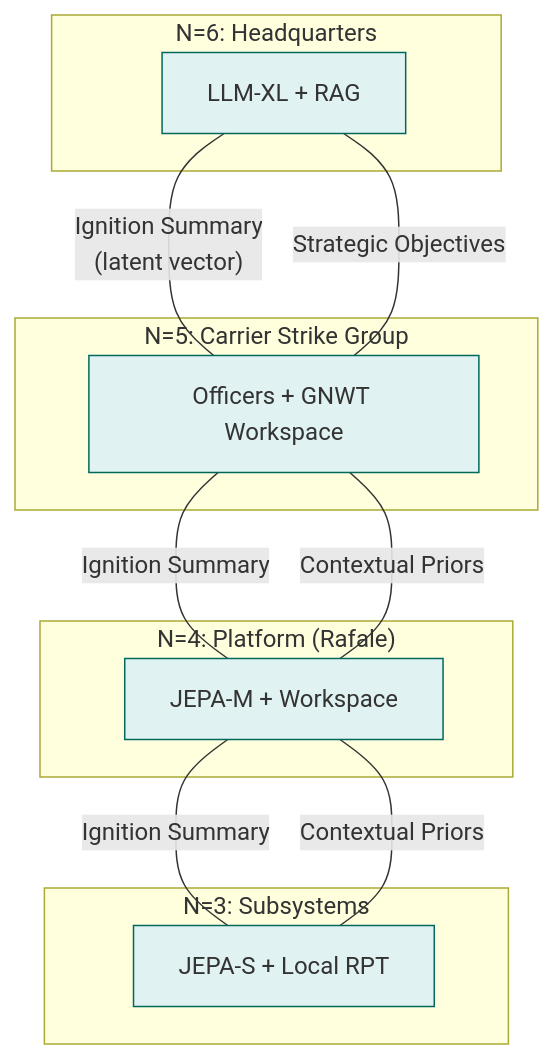
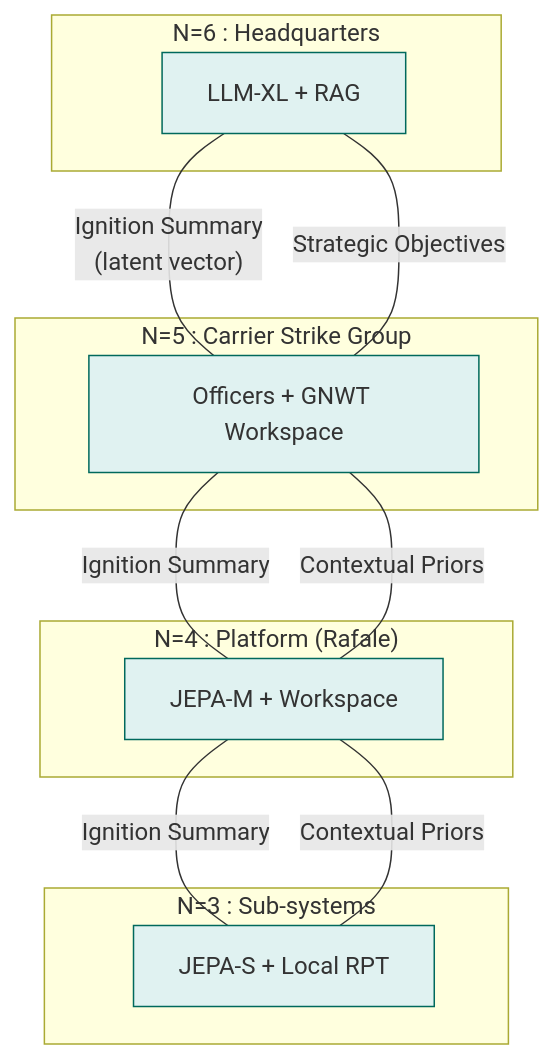
Before and after one commit to AlainCo/GNWT-Garrigue-X-en: the first of 7 diagrams in concepts/concepts.md, drawn with Mermaid. The commit also changed other lines of this file and 31 other files, not shown here.

````diff
--- a/concepts/concepts.md
+++ b/concepts/concepts.md
@@ -22,29 +22,29 @@
 ```mermaid
 flowchart TD
-    subgraph N6 ["N=6: Headquarters"]
+    subgraph N6 ["N=6 : Headquarters"]
         N6c["LLM-XL + RAG"]
     end
 
-    subgraph N5 ["N=5: Carrier Strike Group"]
+    subgraph N5 ["N=5 : Carrier Strike Group"]
         N5c["Officers + GNWT Workspace"]
     end
 
-    subgraph N4 ["N=4: Platform (Rafale)"]
+    subgraph N4 ["N=4 : Platform (Rafale)"]
         N4c["JEPA-M + Workspace"]
     end
 
-    subgraph N3 ["N=3: Subsystems"]
+    subgraph N3 ["N=3 : Sub-systems"]
         N3c["JEPA-S + Local RPT"]
     end
 
     N6c ---|"Ignition Summary\n(latent vector)"| N5c
     N5c ---|"Ignition Summary"| N4c
     N4c ---|"Ignition Summary"| N3c
 
     N3c ---|"Contextual Priors"| N4c
     N4c ---|"Contextual Priors"| N5c
     N5c ---|"Strategic Objectives"| N6c
 
     classDef blanket fill:#e0f2f1,stroke:#00695c
     class N3c,N4c,N5c,N6c blanket
 ```
````
